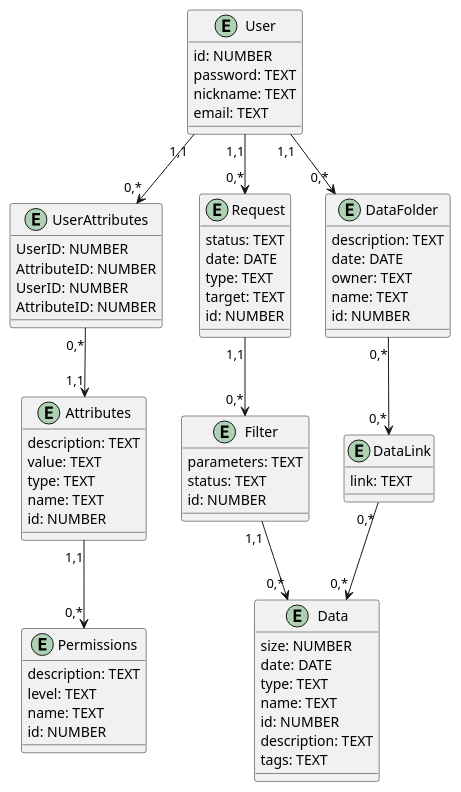
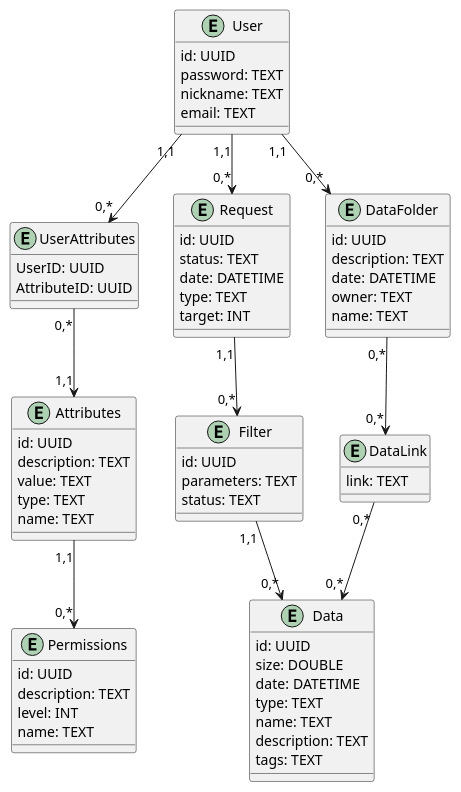
The second of 2 diagrams in docs/design/README.md (edu-db/edu_db_labs), drawn with PlantUML before and after one commit.

Commit message:
refactor: change data types of some attributes

```diff
--- a/docs/design/README.md
+++ b/docs/design/README.md
@@ -118,72 +118,67 @@
 @startuml
 
-entity User  {
-    id: NUMBER
-    password: TEXT
-    nickname: TEXT
-    email: TEXT
-}
+	entity User  {
+		id: UUID
+		password: TEXT
+		nickname: TEXT
+		email: TEXT
+	}
 
-entity UserAttributes  {
-    UserID: NUMBER
-    AttributeID: NUMBER
-}
+	entity UserAttributes  {
+		UserID: UUID
+		AttributeID: UUID
+	}
 
-entity Request  {
-    status: TEXT
-    date: DATE
-    type: TEXT
-    target: TEXT
-    id: NUMBER
-}
+	entity Request  {
+		id: UUID
+		status: TEXT
+		date: DATETIME 
+		type: TEXT
+		target: INT
+	}
 
-entity Filter  {
-    parameters: TEXT
-    status: TEXT
-    id: NUMBER
-}
+	entity Filter  {
+		id: UUID
+		parameters: TEXT
+		status: TEXT
+	}
 
-entity DataFolder  {
-    description: TEXT
-    date: DATE
-    owner: TEXT
-    name: TEXT
-    id: NUMBER
-}
+	entity DataFolder  {
+		id: UUID
+		description: TEXT
+		date: DATETIME 
+		owner: TEXT
+		name: TEXT
+	}
 
-entity Data  {
-    size: NUMBER
-    date: DATE
-    type: TEXT
-    name: TEXT
-    id: NUMBER
-    description: TEXT
-    tags: TEXT
-}
+	entity Data  {
+		id: UUID
+		size: DOUBLE
+		date: DATETIME 
+		type: TEXT
+		name: TEXT
+		description: TEXT
+		tags: TEXT
+	}
 
-entity UserAttributes  {
-    UserID: NUMBER
-    AttributeID: NUMBER
-}
+	entity Attributes  {
+		id: UUID
+		description: TEXT
+		value: TEXT
+		type: TEXT
+		name: TEXT
+	}
 
-entity Attributes  {
-    description: TEXT
-    value: TEXT
-    type: TEXT
-    name: TEXT
-    id: NUMBER
-}
+	entity Permissions  {
+		id: UUID
+		description: TEXT
+		level: INT
+		name: TEXT
+	}
 
-entity Permissions  {
-    description: TEXT
-    level: TEXT
-    name: TEXT
-    id: NUMBER
-}
-
-entity DataLink  {
-    link: TEXT
-}
+	entity DataLink  {
+		link: TEXT
+	}
 
 User "1,1" --> "0,*" UserAttributes
 User "1,1" --> "0,*" Request
```
